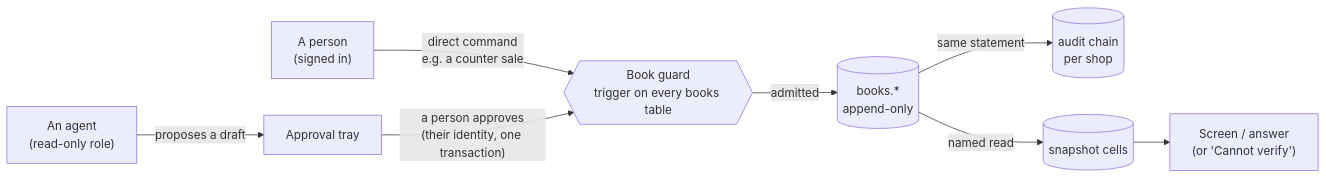
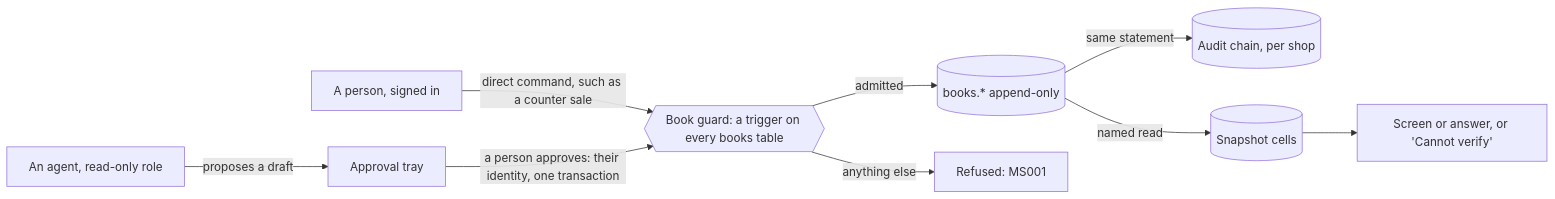
One commit to SawhneySatvik/munshi changed the first of 9 diagrams in README.md. Above: the diagram before and after it, drawn with Mermaid. The commit also changed other lines of this file and 30 other files, not shown here.

Commit message:
Rewrite the README as a full tour: badges, nine diagrams, the guarantee and how the code holds it, the agent cast, a feature tour with 29 screenshots, architecture, data model, security, testing, setup and deployment; add the script that captures the screenshots

````diff
--- a/README.md
+++ b/README.md
@@ -36,10 +94,11 @@
 ```mermaid
 flowchart LR
-  person["A person<br/>(signed in)"] -- "direct command<br/>e.g. a counter sale" --> guard
-  agent["An agent<br/>(read-only role)"] -- "proposes a draft" --> tray["Approval tray"]
-  tray -- "a person approves<br/>(their identity, one transaction)" --> guard
-  guard{{"Book guard<br/>trigger on every books table"}} -- "admitted" --> books[("books.*<br/>append-only")]
-  books -- "same statement" --> audit[("audit chain<br/>per shop")]
-  books -- "named read" --> snap[("snapshot cells")]
-  snap --> screen["Screen / answer<br/>(or 'Cannot verify')"]
+  person["A person, signed in"] -- "direct command, such as a counter sale" --> guard
+  agent["An agent, read-only role"] -- "proposes a draft" --> tray["Approval tray"]
+  tray -- "a person approves: their identity, one transaction" --> guard
+  guard{{"Book guard: a trigger on every books table"}} -- "admitted" --> books[("books.* append-only")]
+  guard -- "anything else" --> refused["Refused: MS001"]
+  books -- "same statement" --> audit[("Audit chain, per shop")]
+  books -- "named read" --> snap[("Snapshot cells")]
+  snap --> screen["Screen or answer, or 'Cannot verify'"]
 ```
````
